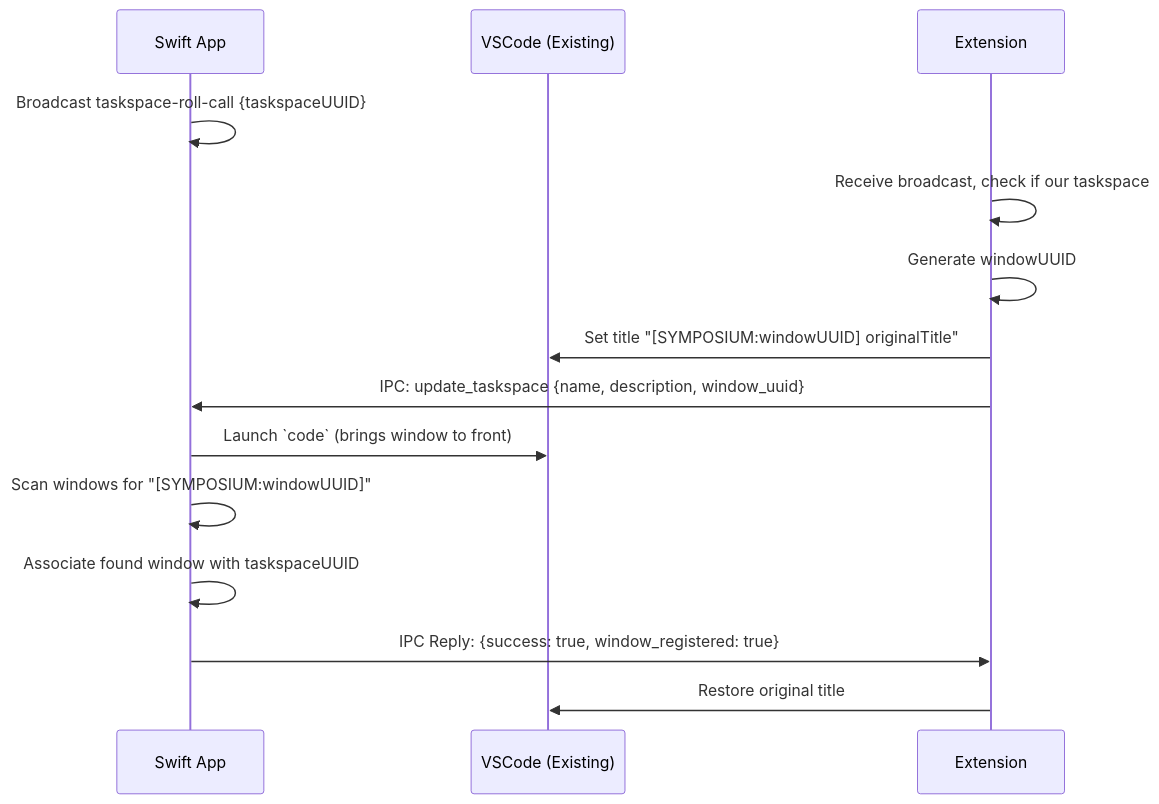
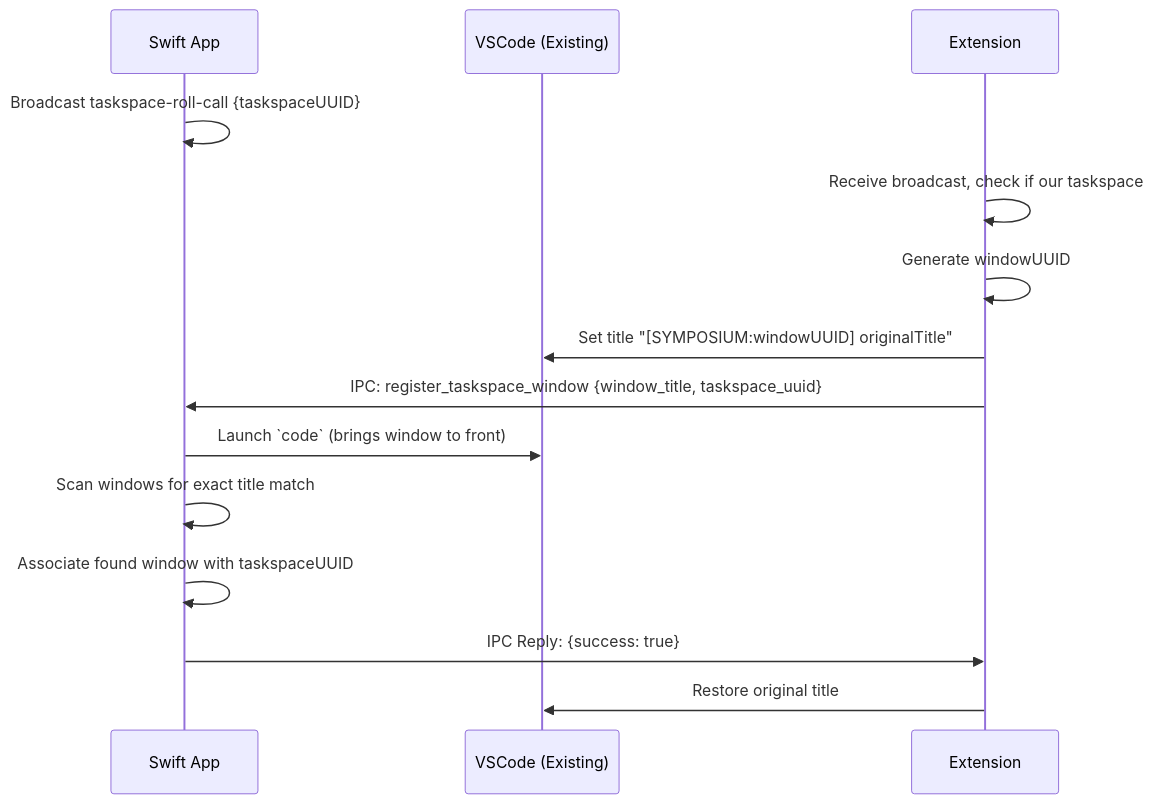
Before and after one commit to socratic-shell/symposium: the second of 2 diagrams in md/work-in-progress/mvp/window-registration-design.md, drawn with Mermaid. The commit also changed other lines of this file, not shown here.

First line of the commit message:
Simplify window registration design to use dedicated IPC message

````diff
--- a/md/work-in-progress/mvp/window-registration-design.md
+++ b/md/work-in-progress/mvp/window-registration-design.md
@@ -54,17 +54,17 @@
 ```mermaid
 sequenceDiagram
     participant S as Swift App
     participant V as VSCode (Existing)
     participant E as Extension
 
     S->>S: Broadcast taskspace-roll-call {taskspaceUUID}
     E->>E: Receive broadcast, check if our taskspace
     E->>E: Generate windowUUID
     E->>V: Set title "[SYMPOSIUM:windowUUID] originalTitle"
-    E->>S: IPC: update_taskspace {name, description, window_uuid}
+    E->>S: IPC: register_taskspace_window {window_title, taskspace_uuid}
     S->>V: Launch `code` (brings window to front)
-    S->>S: Scan windows for "[SYMPOSIUM:windowUUID]"
+    S->>S: Scan windows for exact title match
     S->>S: Associate found window with taskspaceUUID
-    S->>E: IPC Reply: {success: true, window_registered: true}
+    S->>E: IPC Reply: {success: true}
     E->>V: Restore original title
 ```
````
